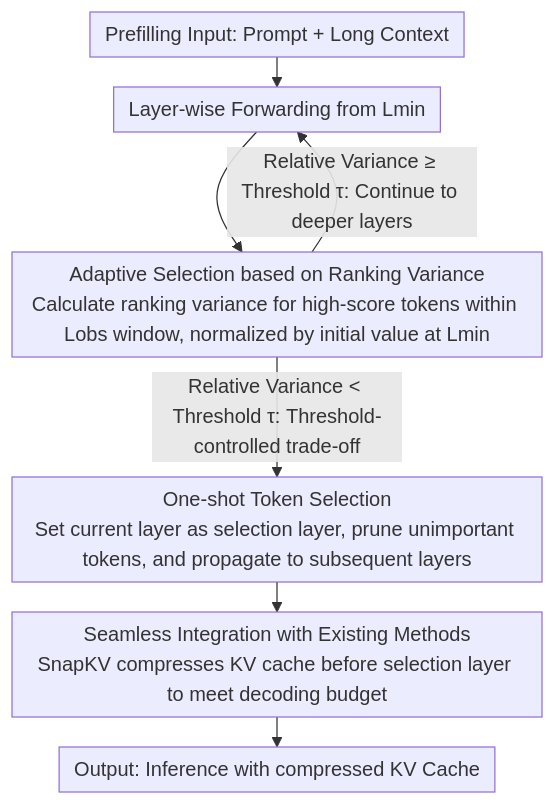
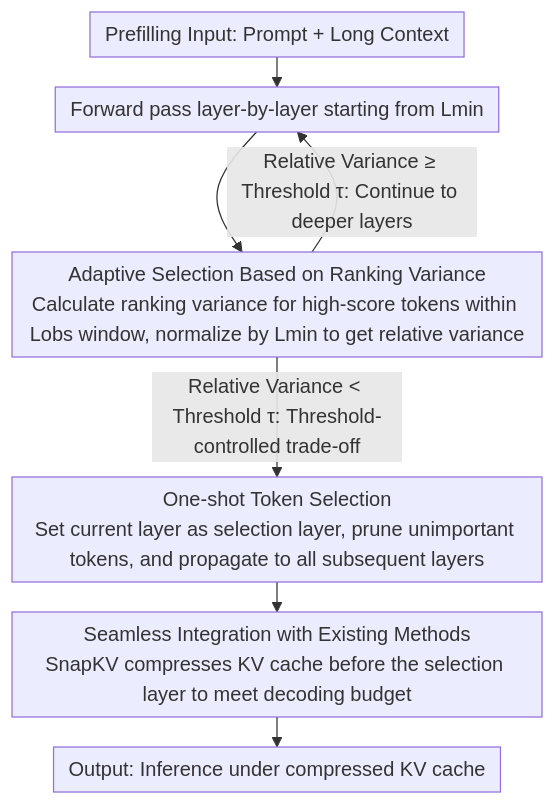
The diagram in docs/ACL2026/model_compression/adaptive_layer_selection_for_layer-wise_token_pruning_in_llm_inference.md (zhaoyang97/Paper-Notes-en), drawn with Mermaid before and after one commit. The commit also changed other lines of this file and 5084 other files, not shown here.

````diff
--- a/docs/ACL2026/model_compression/adaptive_layer_selection_for_layer-wise_token_pruning_in_llm_inference.md
+++ b/docs/ACL2026/model_compression/adaptive_layer_selection_for_layer-wise_token_pruning_in_llm_inference.md
@@ -44,10 +44,10 @@
 ```mermaid
 %%{init: {'flowchart': {'rankSpacing': 24, 'nodeSpacing': 28, 'padding': 6, 'wrappingWidth': 400}}}%%
 flowchart TD
-    A["Prefilling Input: Prompt + Long Context"] --> B["Layer-wise Forwarding from Lmin"]
-    B --> C["Adaptive Selection based on Ranking Variance<br/>Calculate ranking variance for high-score tokens within Lobs window, normalized by initial value at Lmin"]
+    A["Prefilling Input: Prompt + Long Context"] --> B["Forward pass layer-by-layer starting from Lmin"]
+    B --> C["Adaptive Selection Based on Ranking Variance<br/>Calculate ranking variance for high-score tokens within Lobs window, normalize by Lmin to get relative variance"]
     C -->|"Relative Variance ≥ Threshold τ: Continue to deeper layers"| B
-    C -->|"Relative Variance < Threshold τ: Threshold-controlled trade-off"| D["One-shot Token Selection<br/>Set current layer as selection layer, prune unimportant tokens, and propagate to subsequent layers"]
-    D --> E["Seamless Integration with Existing Methods<br/>SnapKV compresses KV cache before selection layer to meet decoding budget"]
-    E --> F["Output: Inference with compressed KV Cache"]
+    C -->|"Relative Variance < Threshold τ: Threshold-controlled trade-off"| D["One-shot Token Selection<br/>Set current layer as selection layer, prune unimportant tokens, and propagate to all subsequent layers"]
+    D --> E["Seamless Integration with Existing Methods<br/>SnapKV compresses KV cache before the selection layer to meet decoding budget"]
+    E --> F["Output: Inference under compressed KV cache"]
 ```
````
